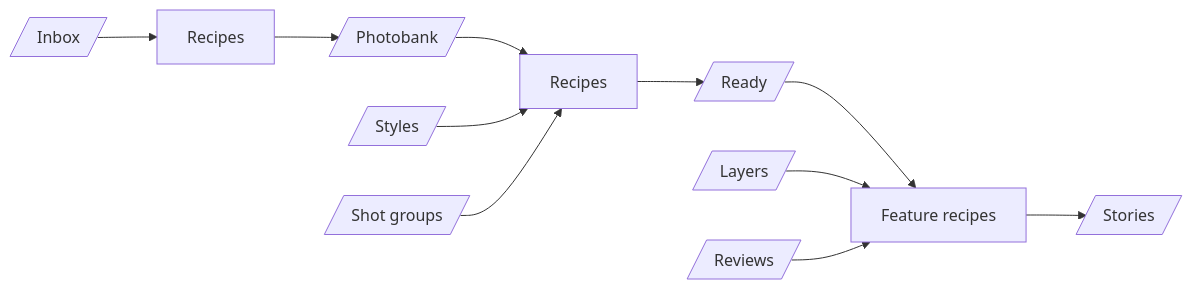
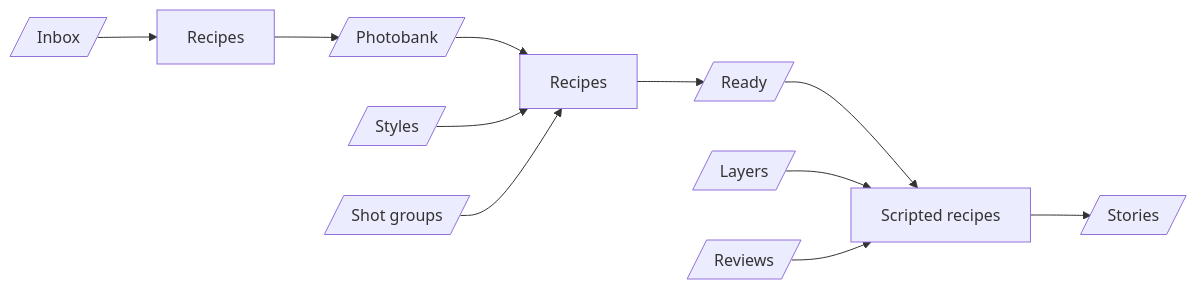
The diagram in AGENTS.md (losnikitos/rocketbox), drawn with Mermaid before and after one commit. The commit also changed other lines of this file and 22 other files, not shown here.

Commit message:
Recipes with built-in layers

````diff
--- a/AGENTS.md
+++ b/AGENTS.md
@@ -25,8 +25,8 @@
 ```mermaid
 flowchart LR
- Inbox[/Inbox/] --> InboxRecipes[Recipes] --> Photobank[/Photobank/] --> Recipes --> Ready[/Ready/] --> Features[Feature recipes] --> Stories[/Stories/]
+ Inbox[/Inbox/] --> InboxRecipes[Recipes] --> Photobank[/Photobank/] --> Recipes --> Ready[/Ready/] --> Scripted[Scripted recipes] --> Stories[/Stories/]
  Styles[/Styles/] --> Recipes
  Shots[/Shot groups/] --> Recipes
- Layers[/Layers/] --> Features
- Reviews[/Reviews/] --> Features
+ Layers[/Layers/] --> Scripted
+ Reviews[/Reviews/] --> Scripted
 ```
````
